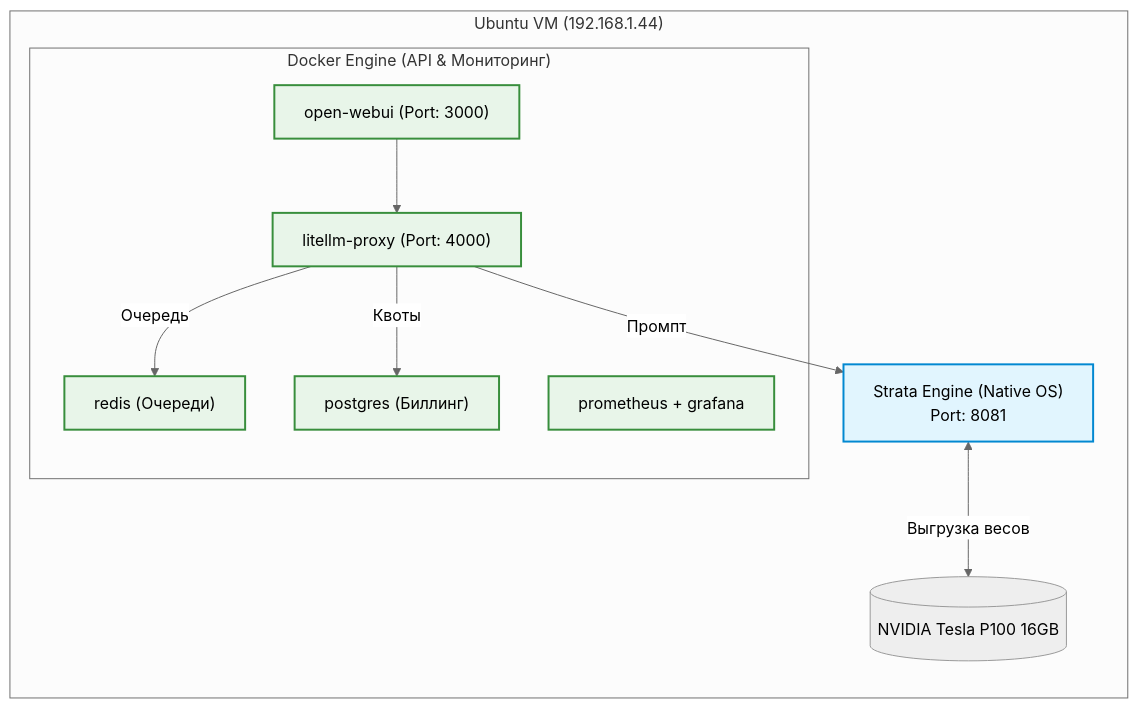
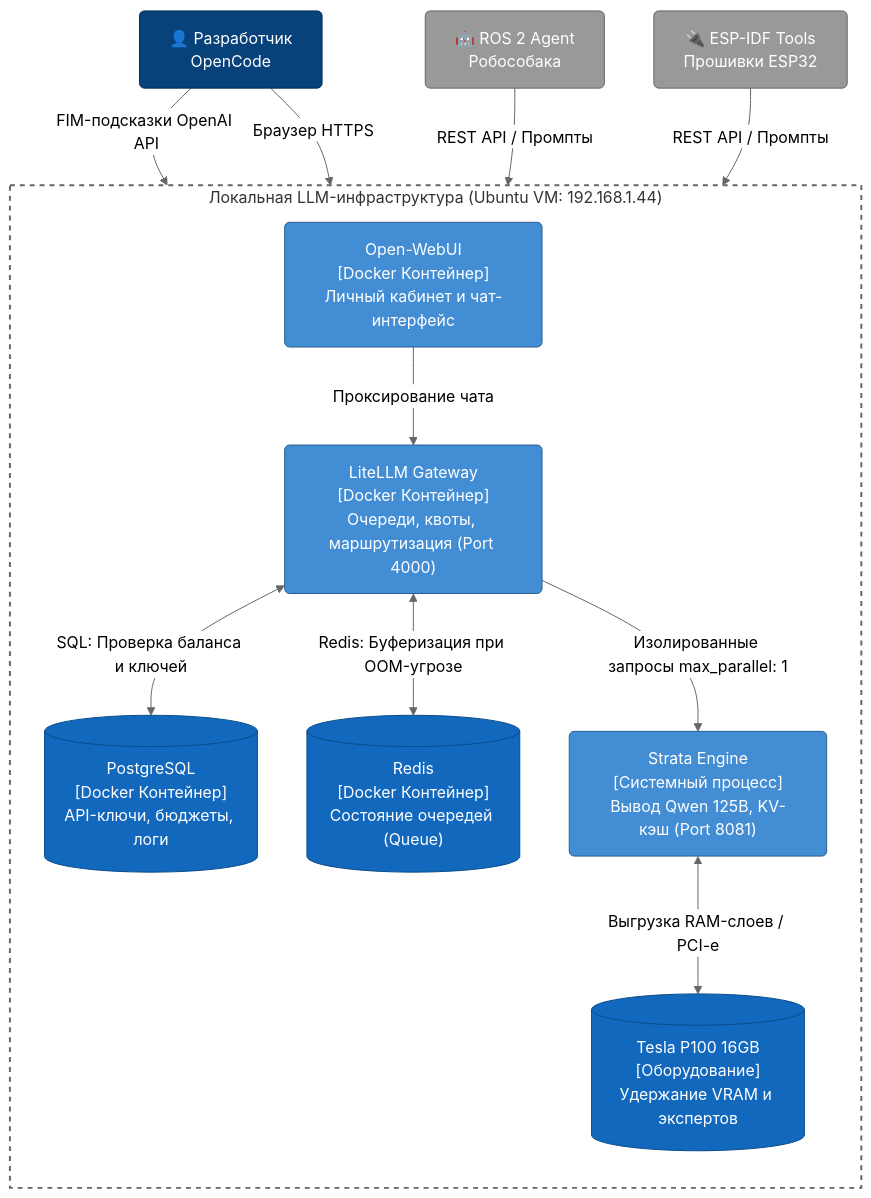
One commit to geksogen/LLM_local_inference changed the diagram in README.md. Above: the diagram before and after it, drawn with Mermaid (neutral theme).

Commit message:
add C4 arch

````diff
--- a/README.md
+++ b/README.md
@@ -26,25 +26,44 @@
 ```mermaid
 flowchart TB
-  classDef environment fill:#e1f5fe,stroke:#0288d1,stroke-width:2px,color:#000
-  classDef container fill:#e8f5e9,stroke:#388e3c,stroke-width:2px,color:#000
+  %% Определение стилей для архитектуры C4
+  classDef person fill:#08427b,stroke:#052e56,color:#fff,rx:5px,ry:5px
+  classDef container fill:#438dd5,stroke:#2a5e8f,color:#fff,rx:5px,ry:5px
+  classDef database fill:#1168bd,stroke:#0b4b8a,color:#fff,rx:5px,ry:5px
+  classDef external fill:#999999,stroke:#666666,color:#fff,rx:5px,ry:5px
+  classDef boundary fill:none,stroke:#666,stroke-width:2px,stroke-dasharray: 5 5
 
-  subgraph Ubuntu ["Ubuntu VM (192.168.1.44)"]
+  %% Внешние системы и пользователи
+  Dev["👤 Разработчик<br>OpenCode"]:::person
+  ROS2["🤖 ROS 2 Agent<br>Робособака"]:::external
+  ESP["🔌 ESP-IDF Tools<br>Прошивки ESP32"]:::external
+
+  subgraph SystemBoundary ["Локальная LLM-инфраструктура (Ubuntu VM: 192.168.1.44)"]
     direction TB
-    subgraph Docker ["Docker Engine (API & Мониторинг)"]
-      WebUI["open-webui (Port: 3000)"]:::container
-      LiteLLM["litellm-proxy (Port: 4000)"]:::container
-      Redis["redis (Очереди)"]:::container
-      DB["postgres (Биллинг)"]:::container
-      Prometheus["prometheus + grafana"]:::container
-    end
-    
-    Strata["Strata Engine (Native OS)<br>Port: 8081"]:::environment
-    GPU[("NVIDIA Tesla P100 16GB")]
-    
-    WebUI --> LiteLLM
-    LiteLLM -->|Очередь| Redis
-    LiteLLM -->|Квоты| DB
-    LiteLLM -->|Промпт| Strata
-    Strata <-->|Выгрузка весов| GPU
+
+    WebUI["Open-WebUI<br>[Docker Контейнер]<br>Личный кабинет и чат-интерфейс"]:::container
+
+    LiteLLM["LiteLLM Gateway<br>[Docker Контейнер]<br>Очереди, квоты, маршрутизация (Port 4000)"]:::container
+
+    Redis[("Redis<br>[Docker Контейнер]<br>Состояние очередей (Queue)")]:::database
+    Postgres[("PostgreSQL<br>[Docker Контейнер]<br>API-ключи, бюджеты, логи")]:::database
+
+    Strata["Strata Engine<br>[Системный процесс]<br>Вывод Qwen 125B, KV-кэш (Port 8081)"]:::container
+    GPU[("Tesla P100 16GB<br>[Оборудование]<br>Удержание VRAM и экспертов")]:::database
   end
+
+  %% Связи с безопасным синтаксисом
+  Dev -- "FIM-подсказки OpenAI API" --> LiteLLM
+  Dev -- "Браузер HTTPS" --> WebUI
+  ROS2 -- "REST API / Промпты" --> LiteLLM
+  ESP -- "REST API / Промпты" --> LiteLLM
+
+  WebUI -- "Проксирование чата" --> LiteLLM
+
+  LiteLLM <-- "SQL: Проверка баланса и ключей" --> Postgres
+  LiteLLM <-- "Redis: Буферизация при OOM-угрозе" --> Redis
+  LiteLLM -- "Изолированные запросы max_parallel: 1" --> Strata
+
+  Strata <-- "Выгрузка RAM-слоев / PCI-e" --> GPU
+
+  class SystemBoundary boundary
 ```
````
